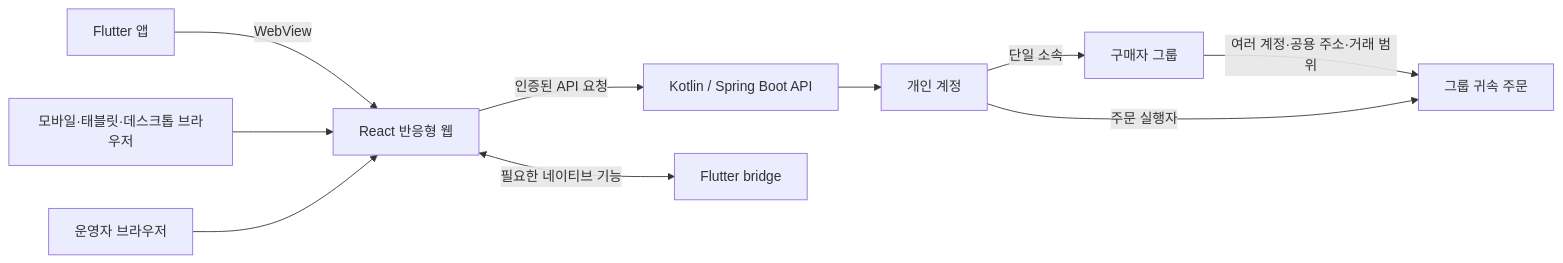
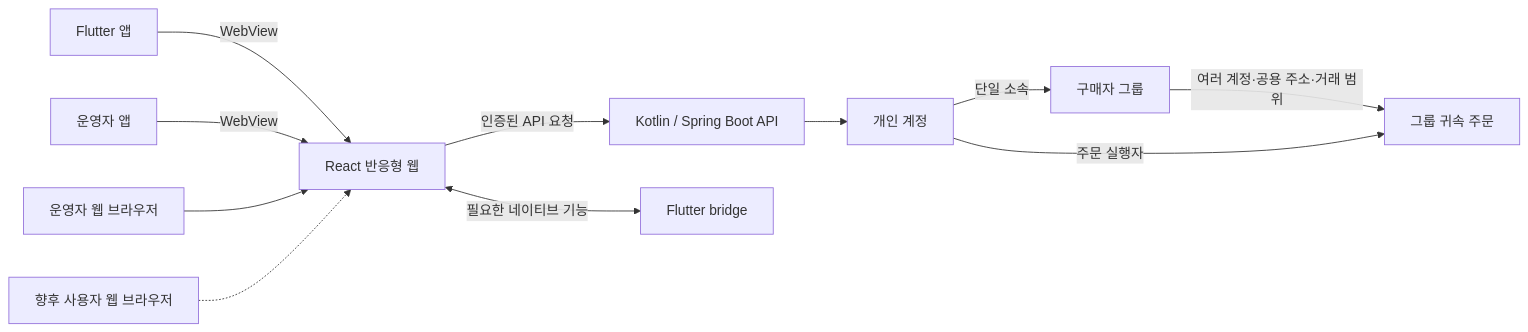
Before and after one commit to DongHyeonEom/umji-market-web: the first of 2 diagrams in README.md, drawn with Mermaid. The commit also changed other lines of this file and 22 other files, not shown here.

````diff
--- a/README.md
+++ b/README.md
@@ -7,12 +9,13 @@
 ```mermaid
 flowchart LR
     App["Flutter 앱"] -->|WebView| Web["React 반응형 웹"]
-    Browser["모바일·태블릿·데스크톱 브라우저"] --> Web
-    Operator["운영자 브라우저"] --> Web
+    OperatorApp["운영자 앱"] -->|WebView| Web
+    OperatorBrowser["운영자 웹 브라우저"] --> Web
+    CustomerWeb["향후 사용자 웹 브라우저"] -.-> Web
     Web -->|인증된 API 요청| API["Kotlin / Spring Boot API"]
     Web <-->|필요한 네이티브 기능| Bridge["Flutter bridge"]
     API --> Account["개인 계정"]
     Account -->|단일 소속| Group["구매자 그룹"]
     Group -->|여러 계정·공용 주소·거래 범위| Orders["그룹 귀속 주문"]
     Account -->|주문 실행자| Orders
 ```
````
